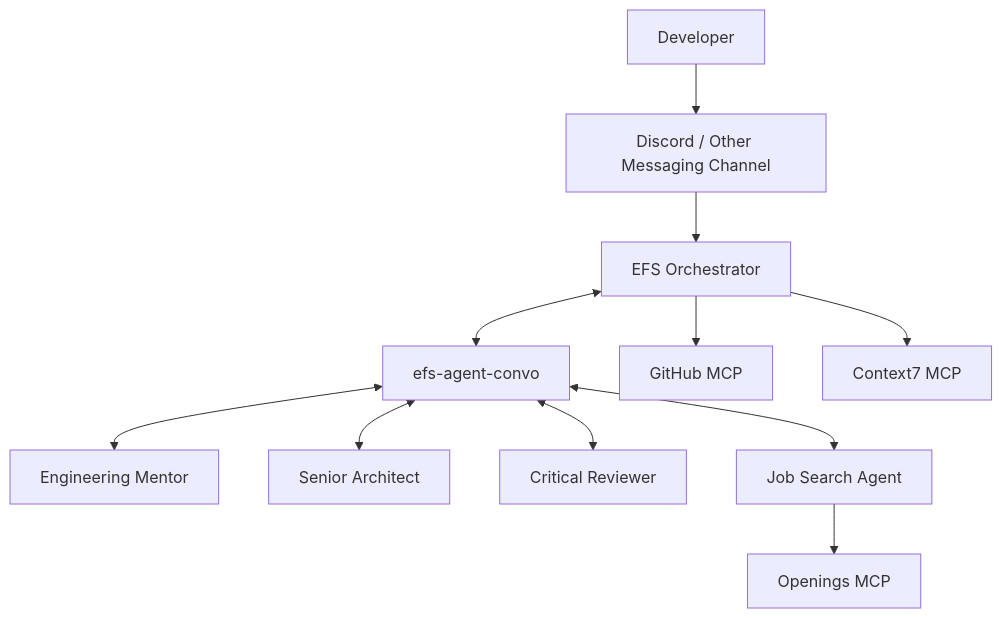
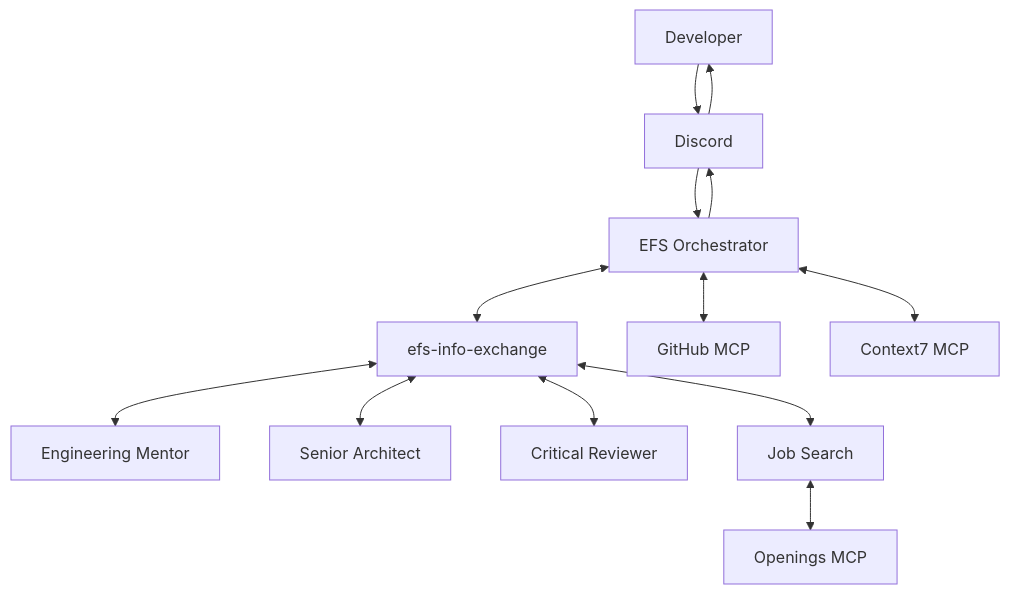
One commit to anujkadu/switch-for-engineers changed the diagram in README.md. Above: the diagram before and after it, drawn with Mermaid. The commit also changed other lines of this file, not shown here.

````diff
--- a/README.md
+++ b/README.md
@@ -50,16 +98,23 @@
 ```mermaid
 flowchart TD
-    U["Developer"] --> C["Discord / Other Messaging Channel"]
-    C --> O["EFS Orchestrator"]
+    D[Developer]
+    DC[Discord]
+    O[EFS Orchestrator]
 
-    O <--> R["efs-agent-convo"]
+    D --> DC
+    DC --> O
 
-    R <--> M["Engineering Mentor"]
-    R <--> A["Senior Architect"]
-    R <--> CR["Critical Reviewer"]
-    R <--> J["Job Search Agent"]
+    O <--> R[efs-info-exchange]
 
-    O --> GH["GitHub MCP"]
-    O --> C7["Context7 MCP"]
-    J --> OM["Openings MCP"]
+    R <--> M[Engineering Mentor]
+    R <--> A[Senior Architect]
+    R <--> C[Critical Reviewer]
+    R <--> J[Job Search]
+
+    O <--> G[GitHub MCP]
+    O <--> CT[Context7 MCP]
+    J <--> OP[Openings MCP]
+
+    O --> DC
+    DC --> D
 ```
````
